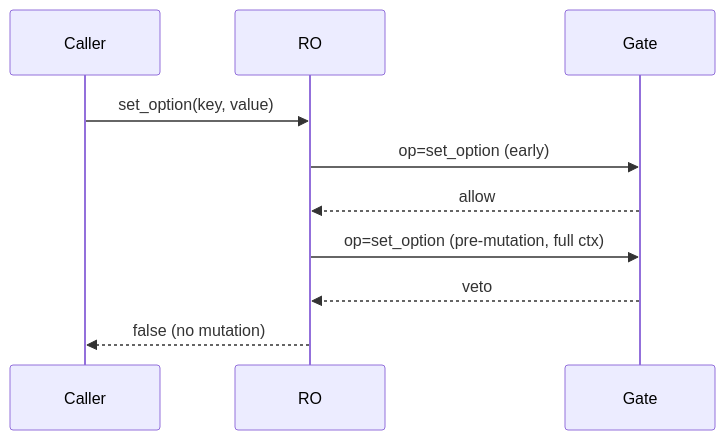
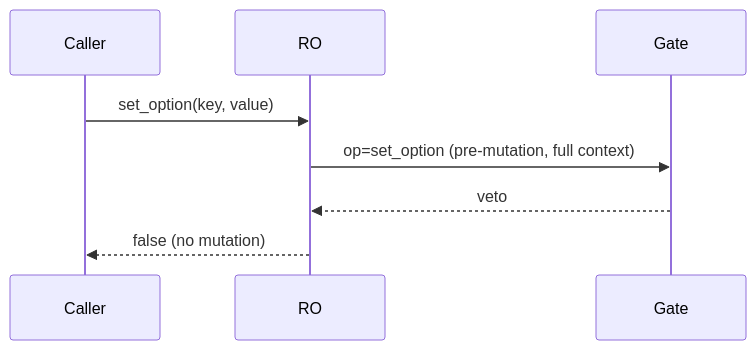
Before and after one commit to RocketsAreNostalgic/ran-plugin-library: the second of 4 diagrams in inc/Options/docs/TFS-003-Write-Permission-Guards.md, drawn with Mermaid. The commit also changed other lines of this file and 13 other files, not shown here.

````diff
--- a/inc/Options/docs/TFS-003-Write-Permission-Guards.md
+++ b/inc/Options/docs/TFS-003-Write-Permission-Guards.md
@@ -127,9 +170,7 @@
 ```mermaid
 sequenceDiagram
     Caller->>RO: set_option(key, value)
-    RO->>Gate: op=set_option (early)
-    Gate-->>RO: allow
-    RO->>Gate: op=set_option (pre-mutation, full ctx)
+    RO->>Gate: op=set_option (pre-mutation, full context)
     Gate-->>RO: veto
     RO-->>Caller: false (no mutation)
 ```
````
